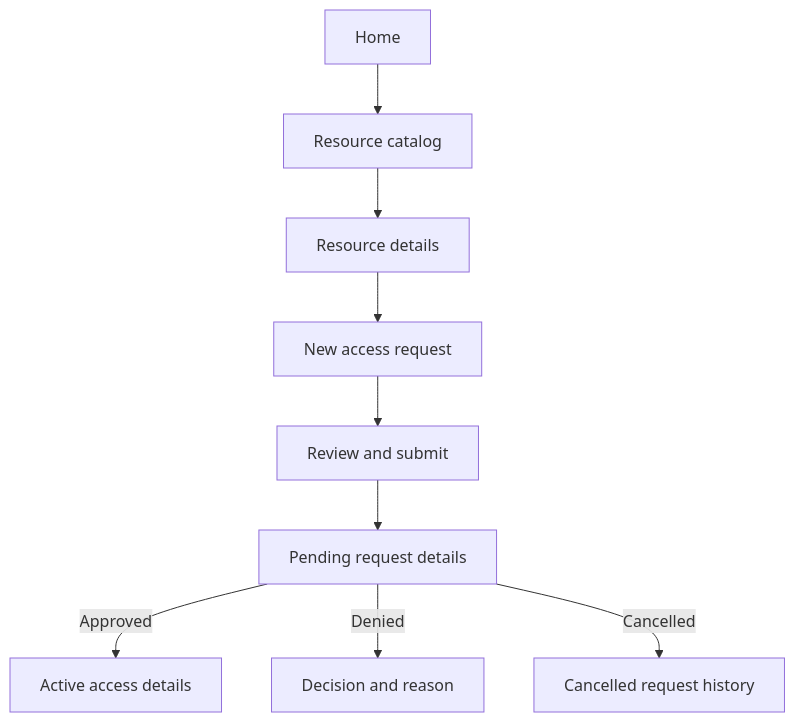
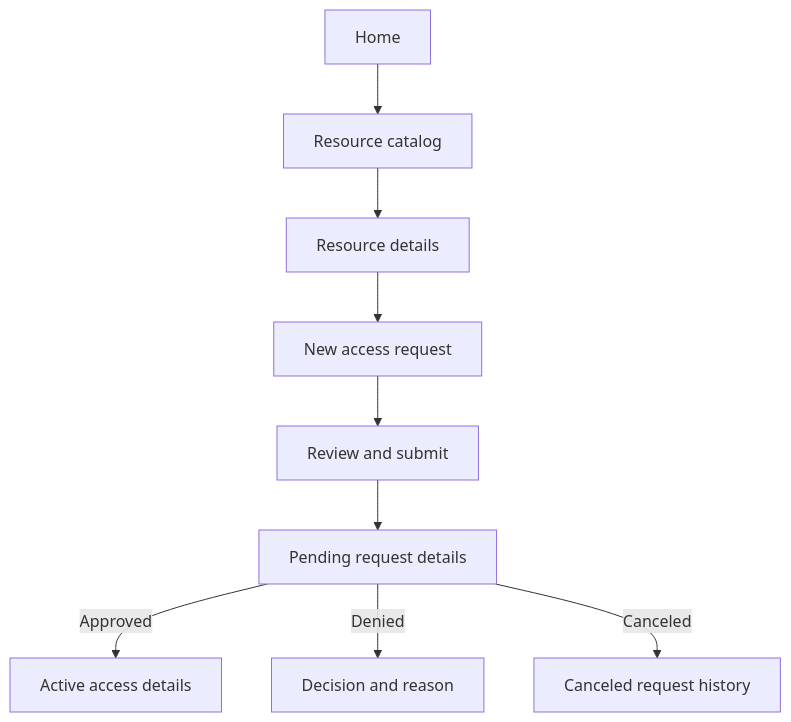
One commit to spine-examples/access-desk-ts changed the fifth of 8 diagrams in PRD.md. Above: the diagram before and after it, drawn with Mermaid. The commit also changed other lines of this file and 25 other files, not shown here.

````diff
--- a/PRD.md
+++ b/PRD.md
@@ -1514,11 +1514,11 @@
 ```mermaid
 flowchart TD
     A["Home"] --> B["Resource catalog"]
     B --> C["Resource details"]
     C --> D["New access request"]
     D --> E["Review and submit"]
     E --> F["Pending request details"]
     F -->|"Approved"| G["Active access details"]
     F -->|"Denied"| H["Decision and reason"]
-    F -->|"Cancelled"| I["Cancelled request history"]
+    F -->|"Canceled"| I["Canceled request history"]
 ```
````
